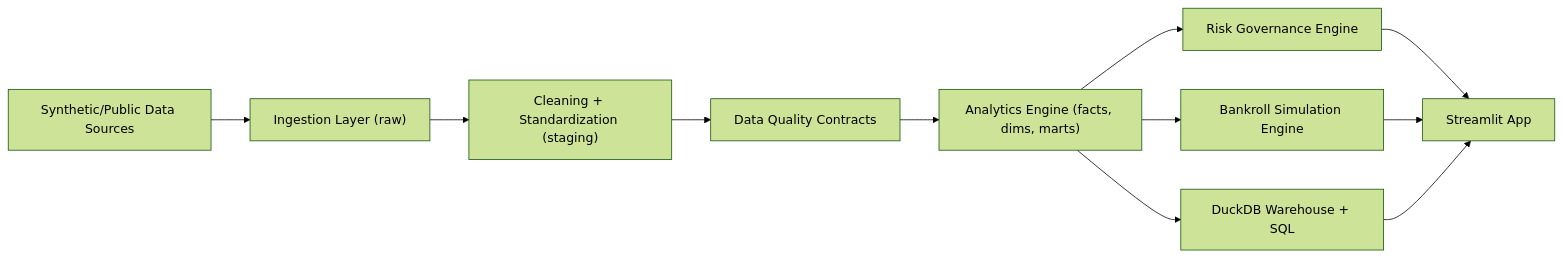
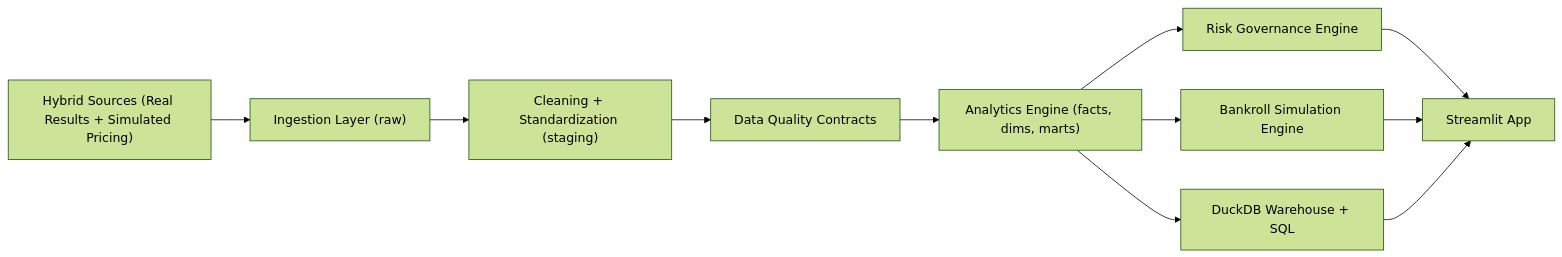
The first of 2 diagrams in README.md (george-gioseffi/sports-betting), drawn with Mermaid (forest theme) before and after one commit. The commit also changed other lines of this file and 49 other files, not shown here.

````diff
--- a/README.md
+++ b/README.md
@@ -30,13 +36,13 @@
 ```mermaid
 flowchart LR
-    A["Synthetic/Public Data Sources"] --> B["Ingestion Layer (raw)"]
+    A["Hybrid Sources (Real Results + Simulated Pricing)"] --> B["Ingestion Layer (raw)"]
     B --> C["Cleaning + Standardization (staging)"]
     C --> D["Data Quality Contracts"]
     D --> E["Analytics Engine (facts, dims, marts)"]
     E --> F["Risk Governance Engine"]
     E --> G["Bankroll Simulation Engine"]
     E --> H["DuckDB Warehouse + SQL"]
     F --> I["Streamlit App"]
     G --> I
     H --> I
 ```
````
